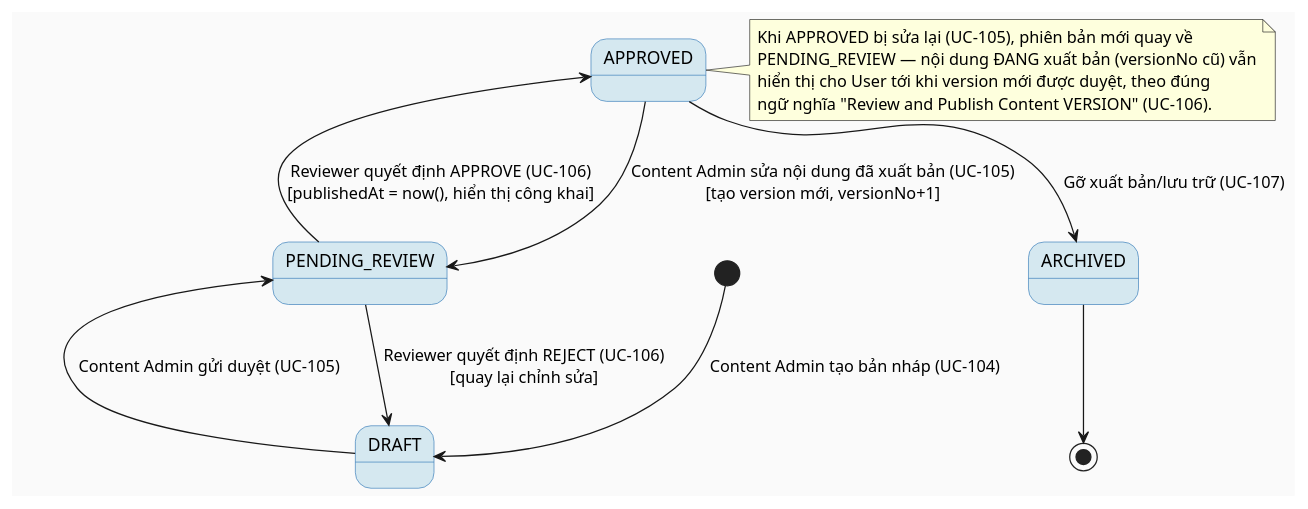
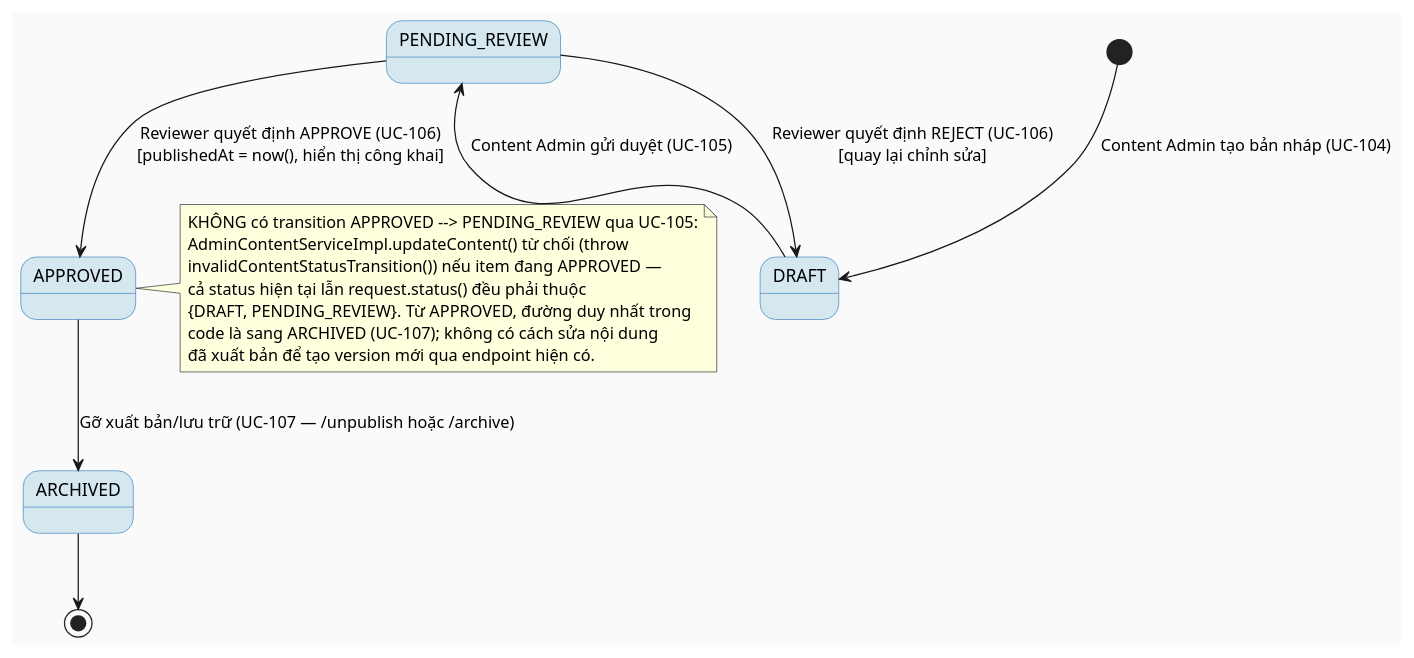
One commit to ChuongBDHE172784/CareBridge_SEP490_G79 changed the third of 3 diagrams in docs/Detailed_Design/MF11_Verified_Content_Checklist_Hub/02_Content_Authoring_Review_Publishing_Lifecycle.md. Above: the diagram before and after it, drawn with PlantUML. The commit also changed other lines of this file and 29 other files, not shown here.

Commit message:
feat: add detailed sequence diagrams to documentation and standardize service-layer interaction flows across modules

````diff
--- a/docs/Detailed_Design/MF11_Verified_Content_Checklist_Hub/02_Content_Authoring_Review_Publishing_Lifecycle.md
+++ b/docs/Detailed_Design/MF11_Verified_Content_Checklist_Hub/02_Content_Authoring_Review_Publishing_Lifecycle.md
@@ -193,26 +355,28 @@
 ```plantuml
 @startuml MF11_02_ContentStatus_StateMachine
 skinparam backgroundColor #FAFAFA
 skinparam StateBackgroundColor #D5E8F0
 skinparam StateBorderColor #2E75B6
 
 [*] --> DRAFT : Content Admin tạo bản nháp (UC-104)
 
 DRAFT --> PENDING_REVIEW : Content Admin gửi duyệt (UC-105)
 PENDING_REVIEW --> APPROVED : Reviewer quyết định APPROVE (UC-106)\n[publishedAt = now(), hiển thị công khai]
 PENDING_REVIEW --> DRAFT : Reviewer quyết định REJECT (UC-106)\n[quay lại chỉnh sửa]
 
-APPROVED --> PENDING_REVIEW : Content Admin sửa nội dung đã xuất bản (UC-105)\n[tạo version mới, versionNo+1]
-APPROVED --> ARCHIVED : Gỡ xuất bản/lưu trữ (UC-107)
+APPROVED --> ARCHIVED : Gỡ xuất bản/lưu trữ (UC-107 — /unpublish hoặc /archive)
 
 ARCHIVED --> [*]
 
 note right of APPROVED
-  Khi APPROVED bị sửa lại (UC-105), phiên bản mới quay về
-  PENDING_REVIEW — nội dung ĐANG xuất bản (versionNo cũ) vẫn
-  hiển thị cho User tới khi version mới được duyệt, theo đúng
-  ngữ nghĩa "Review and Publish Content VERSION" (UC-106).
+  KHÔNG có transition APPROVED --> PENDING_REVIEW qua UC-105:
+  AdminContentServiceImpl.updateContent() từ chối (throw
+  invalidContentStatusTransition()) nếu item đang APPROVED —
+  cả status hiện tại lẫn request.status() đều phải thuộc
+  {DRAFT, PENDING_REVIEW}. Từ APPROVED, đường duy nhất trong
+  code là sang ARCHIVED (UC-107); không có cách sửa nội dung
+  đã xuất bản để tạo version mới qua endpoint hiện có.
 end note
 
 @enduml
 ```
````
